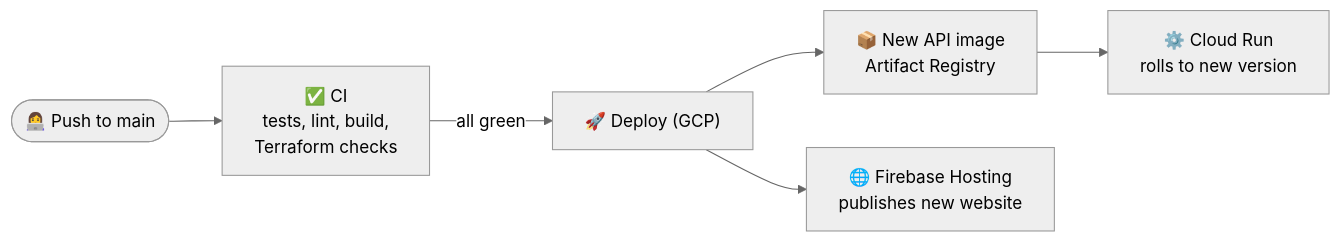
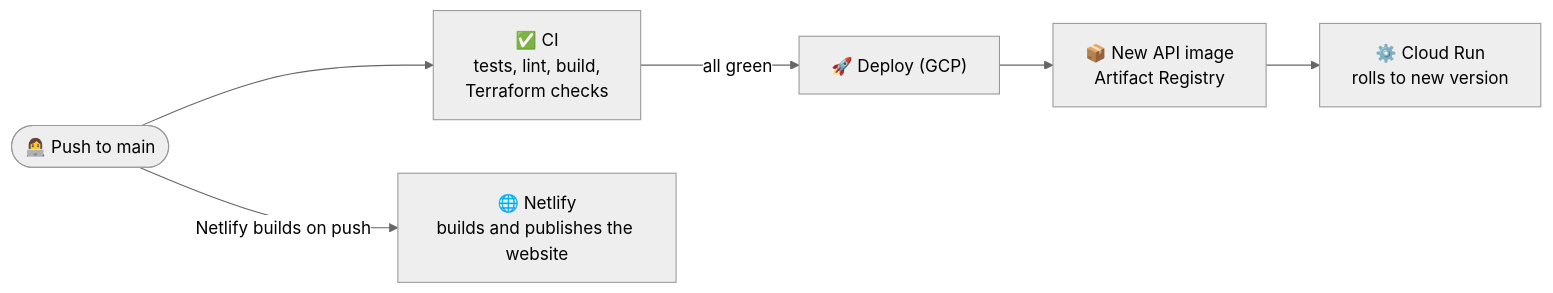
The fourth of 5 diagrams in ARCHITECTURE.md (divij-pawar/trump-of-the-day), drawn with Mermaid (neutral theme) before and after one commit. The commit also changed other lines of this file and 8 other files, not shown here.

````diff
--- a/ARCHITECTURE.md
+++ b/ARCHITECTURE.md
@@ -107,13 +117,13 @@
 ```mermaid
 flowchart LR
     dev(["👩‍💻 Push to main"])
     ci["✅ CI<br/>tests, lint, build,<br/>Terraform checks"]
     deploy["🚀 Deploy (GCP)"]
     image["📦 New API image<br/>Artifact Registry"]
     run["⚙️ Cloud Run<br/>rolls to new version"]
-    site["🌐 Firebase Hosting<br/>publishes new website"]
+    site["🌐 Netlify<br/>builds and publishes the website"]
 
     dev --> ci -->|"all green"| deploy
     deploy --> image --> run
-    deploy --> site
+    dev -->|"Netlify builds on push"| site
 ```
````
